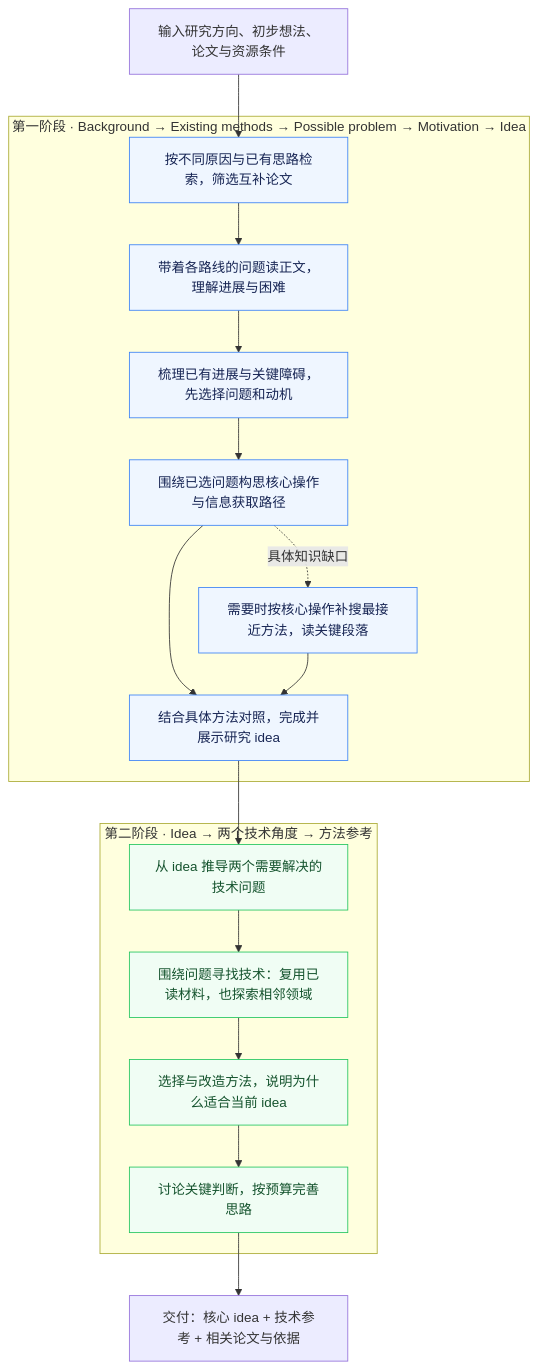
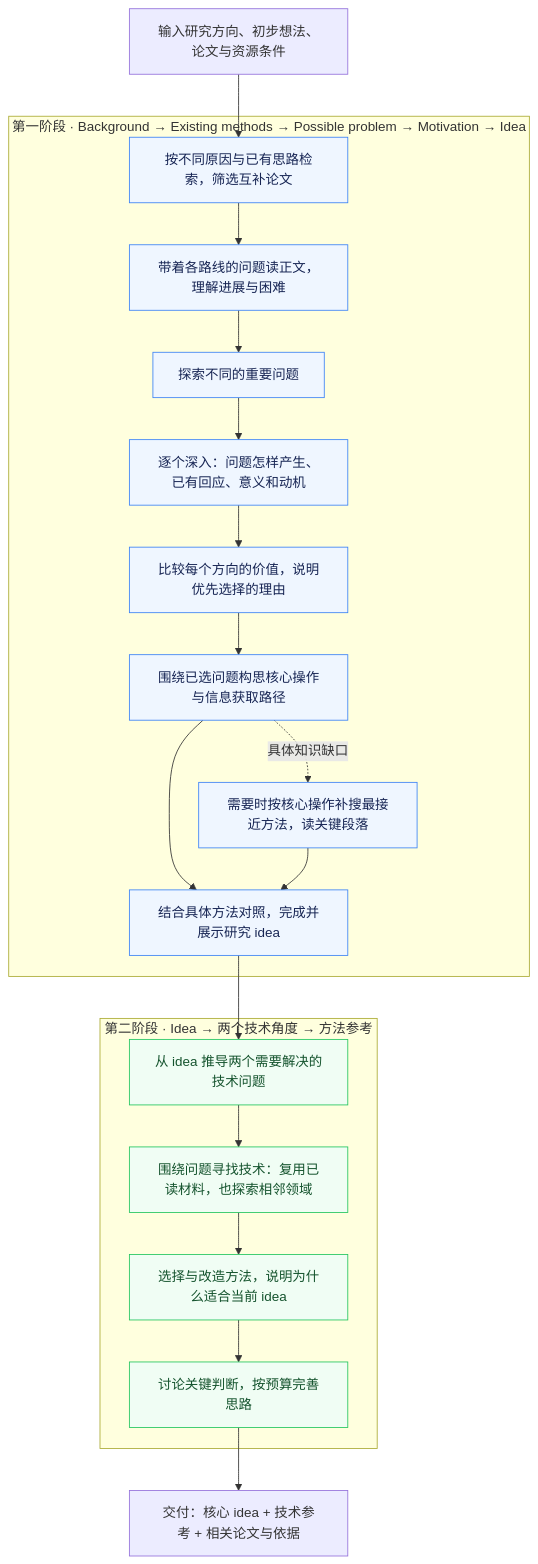
One commit to ghh1125/Research-idea changed the diagram in README.md. Above: the diagram before and after it, drawn with Mermaid. The commit also changed other lines of this file and 21 other files, not shown here.

````diff
--- a/README.md
+++ b/README.md
@@ -39,31 +39,33 @@
 ```mermaid
 flowchart TD
     U["输入研究方向、初步想法、论文与资源条件"]
     subgraph S1["第一阶段 · Background → Existing methods → Possible problem → Motivation → Idea"]
         A["按不同原因与已有思路检索，筛选互补论文"]
         B["带着各路线的问题读正文，理解进展与困难"]
-        C["梳理已有进展与关键障碍，先选择问题和动机"]
+        C["探索不同的重要问题"]
+        C1["逐个深入：问题怎样产生、已有回应、意义和动机"]
+        C2["比较每个方向的价值，说明优先选择的理由"]
         D["围绕已选问题构思核心操作与信息获取路径"]
         N["需要时按核心操作补搜最接近方法，读关键段落"]
-        A --> B --> C --> D
+        A --> B --> C --> C1 --> C2 --> D
         D -.具体知识缺口.-> N
         I["结合具体方法对照，完成并展示研究 idea"]
         D --> I
         N --> I
     end
     subgraph S2["第二阶段 · Idea → 两个技术角度 → 方法参考"]
         E["从 idea 推导两个需要解决的技术问题"]
         F["围绕问题寻找技术：复用已读材料，也探索相邻领域"]
         G["选择与改造方法，说明为什么适合当前 idea"]
         H["讨论关键判断，按预算完善思路"]
         E --> F --> G --> H
     end
     O["交付：核心 idea + 技术参考 + 相关论文与依据"]
     U --> A
     I --> E
     H --> O
     classDef concept fill:#eff6ff,stroke:#3b82f6,color:#172554
     classDef design fill:#f0fdf4,stroke:#22c55e,color:#14532d
-    class A,B,C,D,N,I concept
+    class A,B,C,C1,C2,D,N,I concept
     class E,F,G,H design
 ```
````
